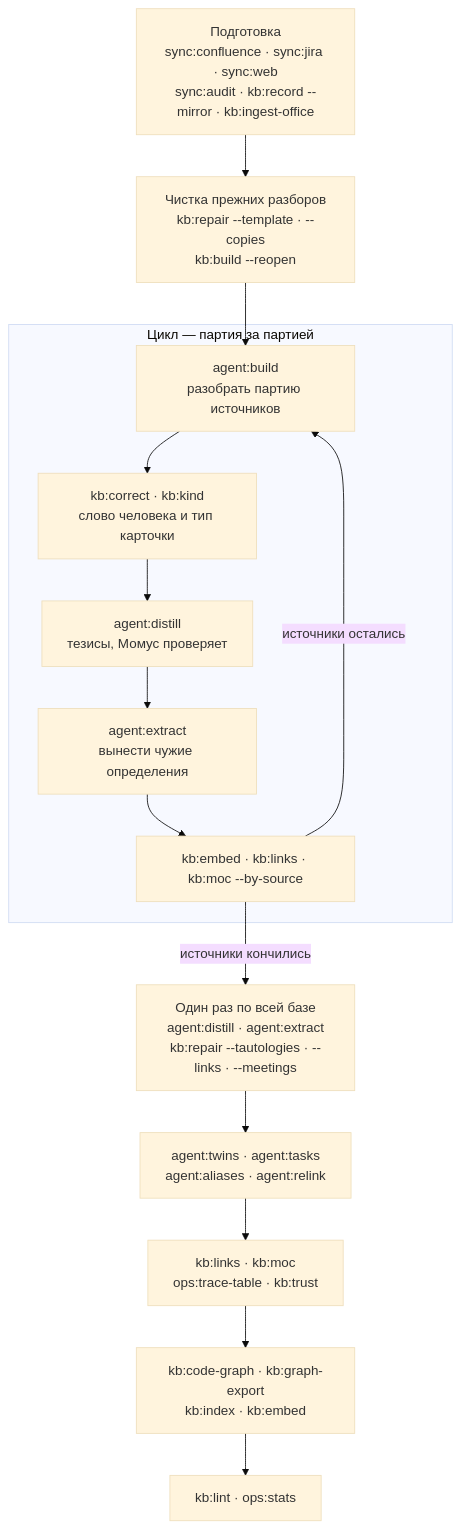
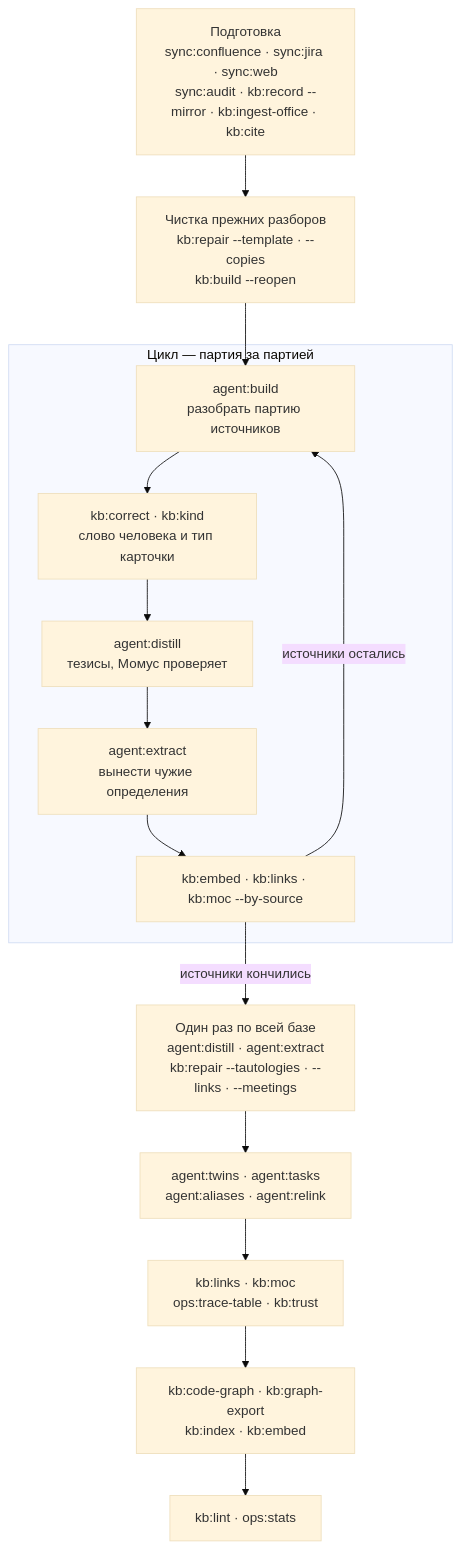
The second of 4 diagrams in docs/lifecycle.md (VVG-web/aurora-studio), drawn with Mermaid (base theme) before and after one commit. The commit also changed 24 other files, not shown here.

````diff
--- a/docs/lifecycle.md
+++ b/docs/lifecycle.md
@@ -86,17 +86,17 @@
 ```mermaid
 flowchart TD
-  A["Подготовка<br>sync:confluence · sync:jira · sync:web<br>sync:audit · kb:record --mirror · kb:ingest-office"] --> B["Чистка прежних разборов<br>kb:repair --template · --copies<br>kb:build --reopen"]
+  A["Подготовка<br>sync:confluence · sync:jira · sync:web<br>sync:audit · kb:record --mirror · kb:ingest-office · kb:cite"] --> B["Чистка прежних разборов<br>kb:repair --template · --copies<br>kb:build --reopen"]
   B --> C
   subgraph LOOP["Цикл — партия за партией"]
     C["agent:build<br>разобрать партию источников"] --> D["kb:correct · kb:kind<br>слово человека и тип карточки"]
     D --> E["agent:distill<br>тезисы, Момус проверяет"]
     E --> F["agent:extract<br>вынести чужие определения"]
     F --> G["kb:embed · kb:links · kb:moc --by-source"]
   end
   G -->|"источники остались"| C
   G -->|"источники кончились"| H
   H["Один раз по всей базе<br>agent:distill · agent:extract<br>kb:repair --tautologies · --links · --meetings"] --> I["agent:twins · agent:tasks<br>agent:aliases · agent:relink"]
   I --> J["kb:links · kb:moc<br>ops:trace-table · kb:trust"]
   J --> K["kb:code-graph · kb:graph-export<br>kb:index · kb:embed"]
   K --> L["kb:lint · ops:stats"]
 ```
````
